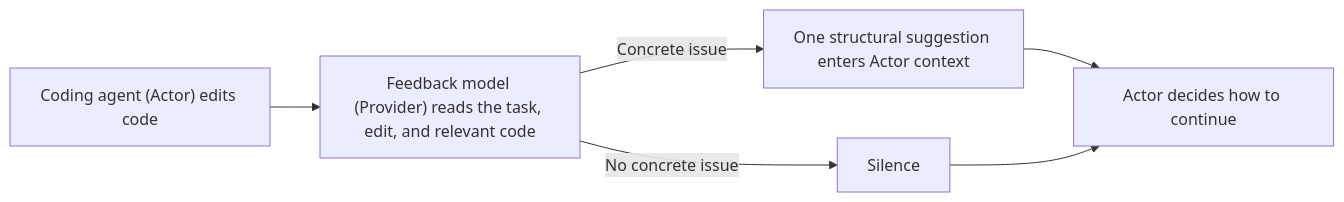
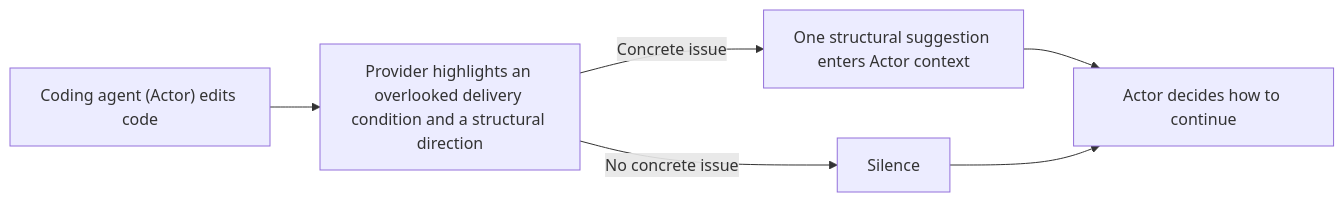
Before and after one commit to shihchengwei-lab/masters-nudge: the diagram in README.md, drawn with Mermaid. The commit also changed other lines of this file and 18 other files, not shown here.

````diff
--- a/README.md
+++ b/README.md
@@ -11,8 +11,8 @@
 ```mermaid
 flowchart LR
-    A["Coding agent (Actor) edits code"] --> B["Feedback model (Provider) reads the task, edit, and relevant code"]
+    A["Coding agent (Actor) edits code"] --> B["Provider highlights an overlooked delivery condition and a structural direction"]
     B -->|Concrete issue| C["One structural suggestion enters Actor context"]
     B -->|No concrete issue| D["Silence"]
     C --> E["Actor decides how to continue"]
     D --> E
 ```
````
